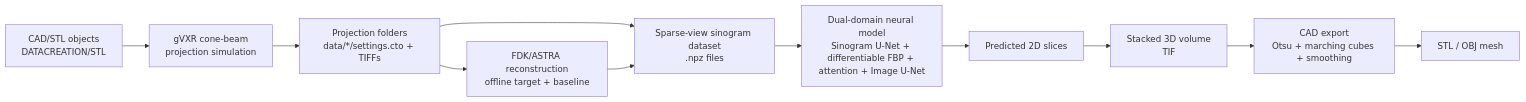
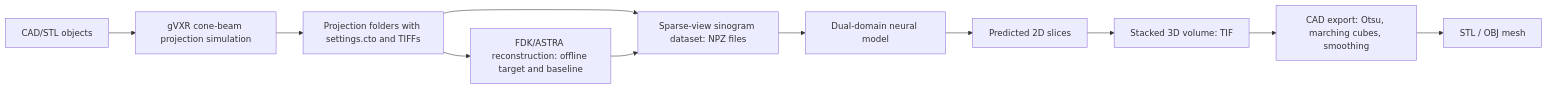
Before and after one commit to kitretsu2809/gVXRsimulation_PureDLReconstruction_Pipeline: the diagram in README.md, drawn with Mermaid. The commit also changed other lines of this file and 2 other files, not shown here.

````diff
--- a/README.md
+++ b/README.md
@@ -67,13 +67,13 @@
 ```mermaid
 flowchart LR
-    A[CAD/STL objects<br/>DATACREATION/STL] --> B[gVXR cone-beam<br/>projection simulation]
-    B --> C[Projection folders<br/>data/*/settings.cto + TIFFs]
-    C --> D[FDK/ASTRA reconstruction<br/>offline target + baseline]
-    C --> E[Sparse-view sinogram dataset<br/>.npz files]
+    A["CAD/STL objects"] --> B["gVXR cone-beam projection simulation"]
+    B --> C["Projection folders with settings.cto and TIFFs"]
+    C --> D["FDK/ASTRA reconstruction: offline target and baseline"]
+    C --> E["Sparse-view sinogram dataset: NPZ files"]
     D --> E
-    E --> F[Dual-domain neural model<br/>Sinogram U-Net + differentiable FBP + attention + Image U-Net]
-    F --> G[Predicted 2D slices]
-    G --> H[Stacked 3D volume<br/>TIF]
-    H --> I[CAD export<br/>Otsu + marching cubes + smoothing]
-    I --> J[STL / OBJ mesh]
+    E --> F["Dual-domain neural model"]
+    F --> G["Predicted 2D slices"]
+    G --> H["Stacked 3D volume: TIF"]
+    H --> I["CAD export: Otsu, marching cubes, smoothing"]
+    I --> J["STL / OBJ mesh"]
 ```
````
